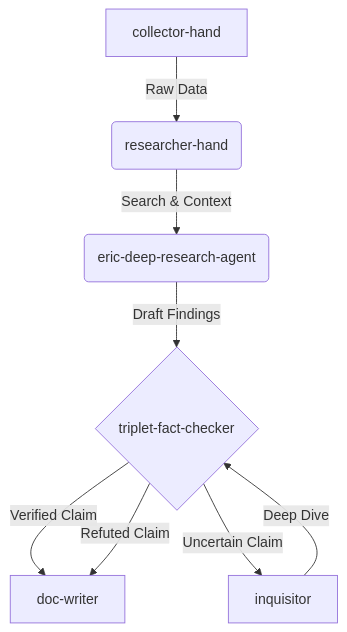
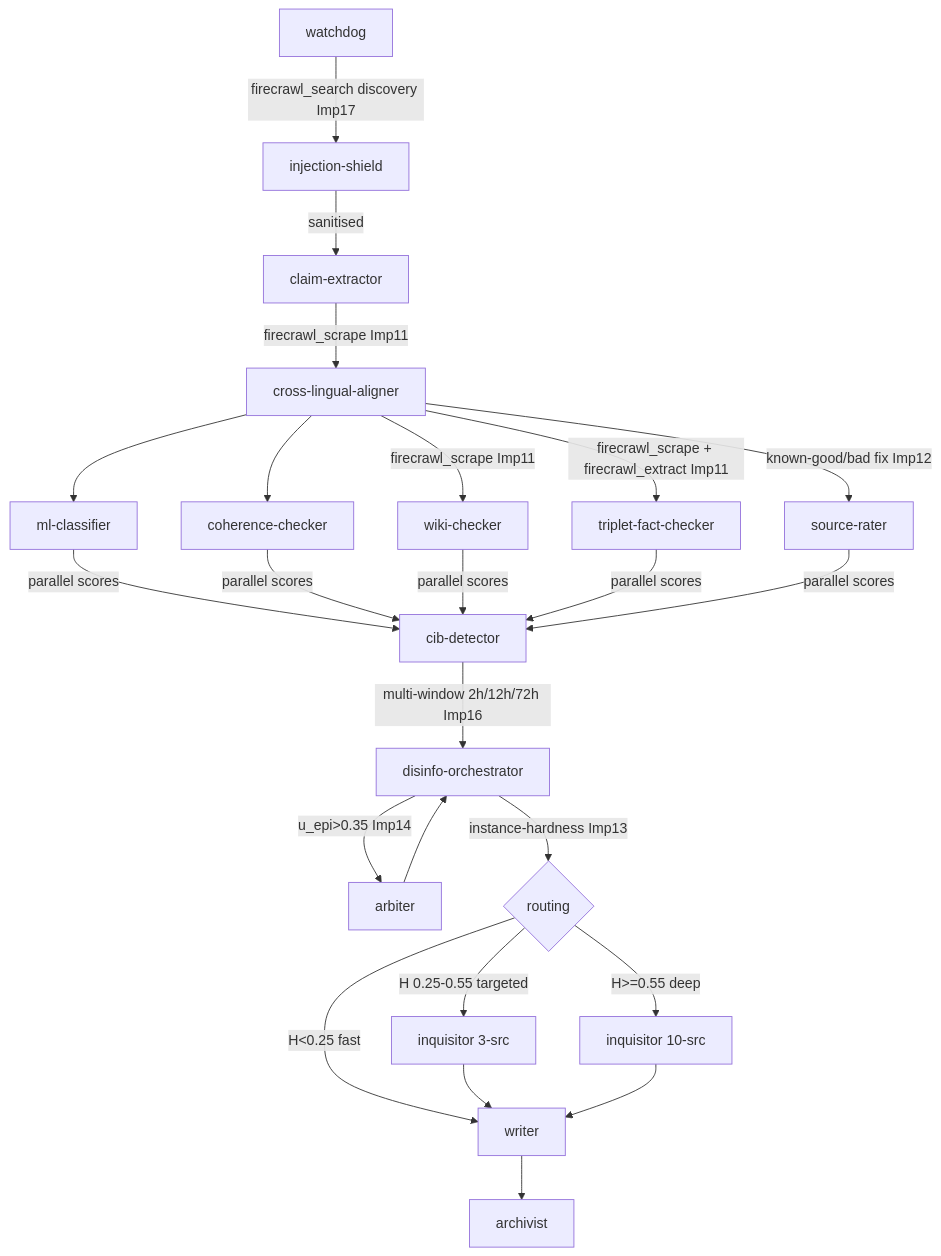
Before and after one commit to badmarsh/librefang: the first of 2 diagrams in docs/knowledge_graph.md, drawn with Mermaid. The commit also changed other lines of this file and 81 other files, not shown here.

````diff
--- a/docs/knowledge_graph.md
+++ b/docs/knowledge_graph.md
@@ -9,10 +10,21 @@
 ```mermaid
 graph TD
-    A[collector-hand] -->|Raw Data| B(researcher-hand)
-    B -->|Search & Context| C(eric-deep-research-agent)
-    C -->|Draft Findings| D{triplet-fact-checker}
-    D -->|Verified Claim| E[doc-writer]
-    D -->|Refuted Claim| E
-    D -->|Uncertain Claim| F[inquisitor]
-    F -->|Deep Dive| D
+    A[watchdog] -->|firecrawl_search discovery Imp17| B[injection-shield]
+    B -->|sanitised| C[claim-extractor]
+    C -->|firecrawl_scrape Imp11| D[cross-lingual-aligner]
+    D --> E[ml-classifier]
+    D --> F[coherence-checker]
+    D -->|firecrawl_scrape Imp11| G[wiki-checker]
+    D -->|firecrawl_scrape + firecrawl_extract Imp11| H[triplet-fact-checker]
+    D -->|known-good/bad fix Imp12| I[source-rater]
+    E & F & G & H & I -->|parallel scores| J[cib-detector]
+    J -->|multi-window 2h/12h/72h Imp16| K[disinfo-orchestrator]
+    K -->|u_epi>0.35 Imp14| L[arbiter]
+    L --> K
+    K -->|instance-hardness Imp13| M{routing}
+    M -->|H<0.25 fast| N[writer]
+    M -->|H 0.25-0.55 targeted| O[inquisitor 3-src]
+    M -->|H>=0.55 deep| P[inquisitor 10-src]
+    O & P --> N
+    N --> Q[archivist]
 ```
````
